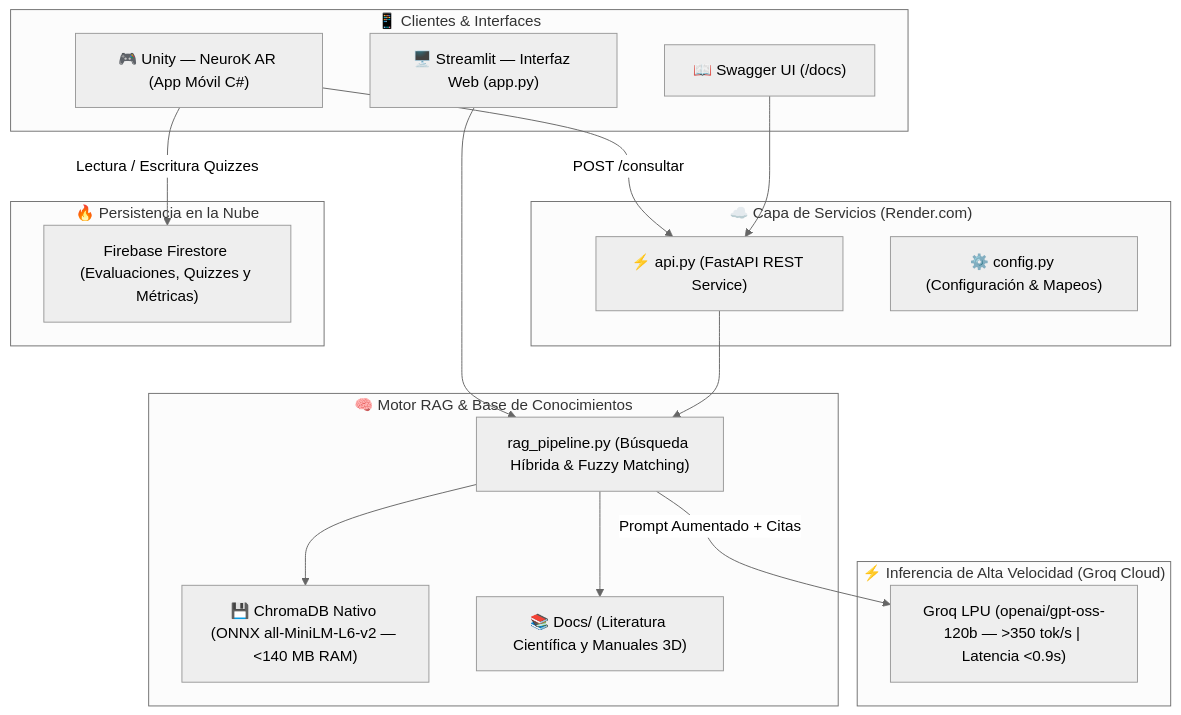
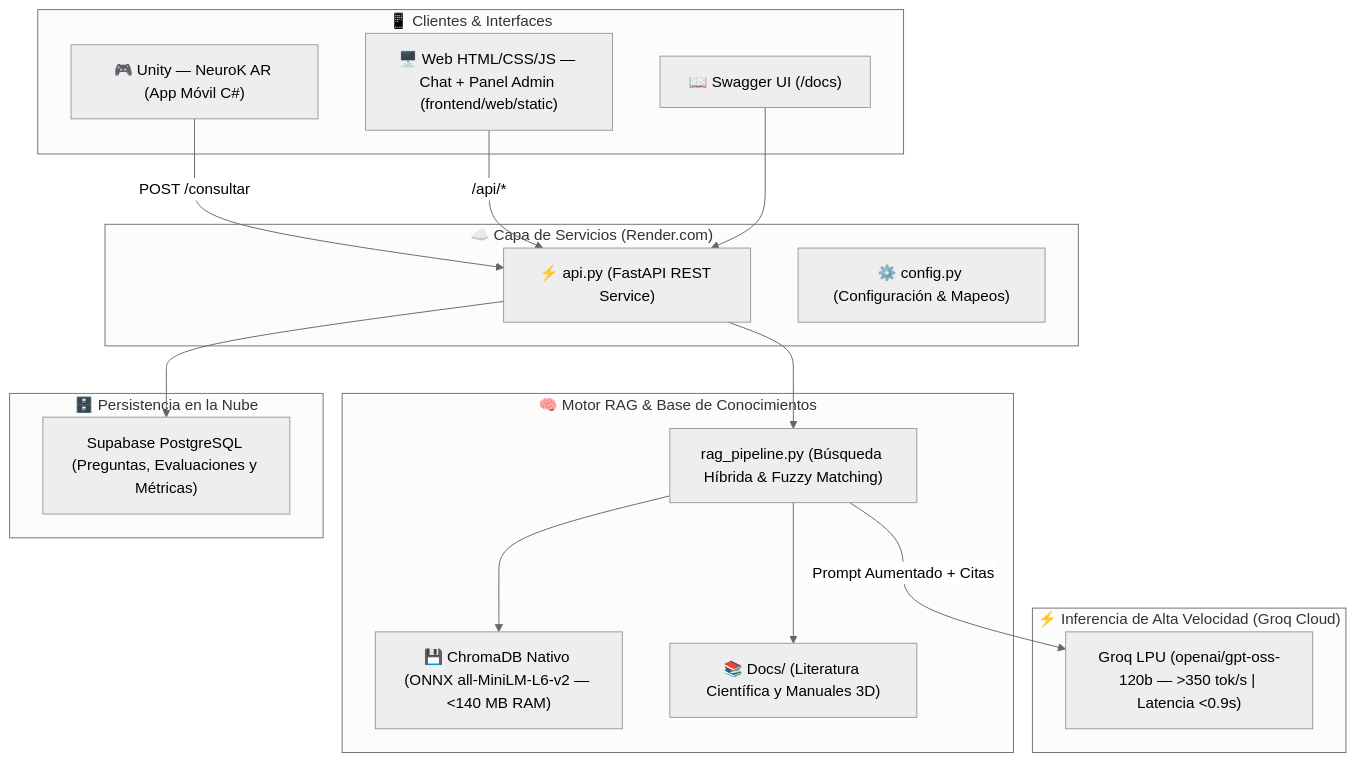
The diagram in README.md (Vivi271/Atena), drawn with Mermaid (neutral theme) before and after one commit. The commit also changed other lines of this file and 37 other files, not shown here.

````diff
--- a/README.md
+++ b/README.md
@@ -27,36 +28,36 @@
 ```mermaid
 flowchart TD
     subgraph Clientes ["📱 Clientes & Interfaces"]
         UNITY["🎮 Unity — NeuroK AR (App Móvil C#)"]
-        WEB["🖥️ Streamlit — Interfaz Web (app.py)"]
+        WEB["🖥️ Web HTML/CSS/JS — Chat + Panel Admin (frontend/web/static)"]
         DOCS_UI["📖 Swagger UI (/docs)"]
     end
 
     subgraph API_Layer ["☁️ Capa de Servicios (Render.com)"]
         API["⚡ api.py (FastAPI REST Service)"]
         CONF["⚙️ config.py (Configuración & Mapeos)"]
     end
 
     subgraph RAG_Engine ["🧠 Motor RAG & Base de Conocimientos"]
         RAG["rag_pipeline.py (Búsqueda Híbrida & Fuzzy Matching)"]
         CHROMA["💾 ChromaDB Nativo (ONNX all-MiniLM-L6-v2 — <140 MB RAM)"]
         DOCS["📚 Docs/ (Literatura Científica y Manuales 3D)"]
     end
 
     subgraph AI_Cloud ["⚡ Inferencia de Alta Velocidad (Groq Cloud)"]
         LLM["Groq LPU (openai/gpt-oss-120b — >350 tok/s | Latencia <0.9s)"]
     end
 
-    subgraph Persistence ["🔥 Persistencia en la Nube"]
-        FIREBASE["Firebase Firestore (Evaluaciones, Quizzes y Métricas)"]
+    subgraph Persistence ["🗄️ Persistencia en la Nube"]
+        SUPABASE["Supabase PostgreSQL (Preguntas, Evaluaciones y Métricas)"]
     end
 
     UNITY -->|POST /consultar| API
-    UNITY -->|Lectura / Escritura Quizzes| FIREBASE
-    WEB --> RAG
+    WEB -->|/api/*| API
+    API --> SUPABASE
     DOCS_UI --> API
     API --> RAG
     RAG --> CHROMA
     RAG --> DOCS
     RAG -->|Prompt Aumentado + Citas| LLM
 ```
````
